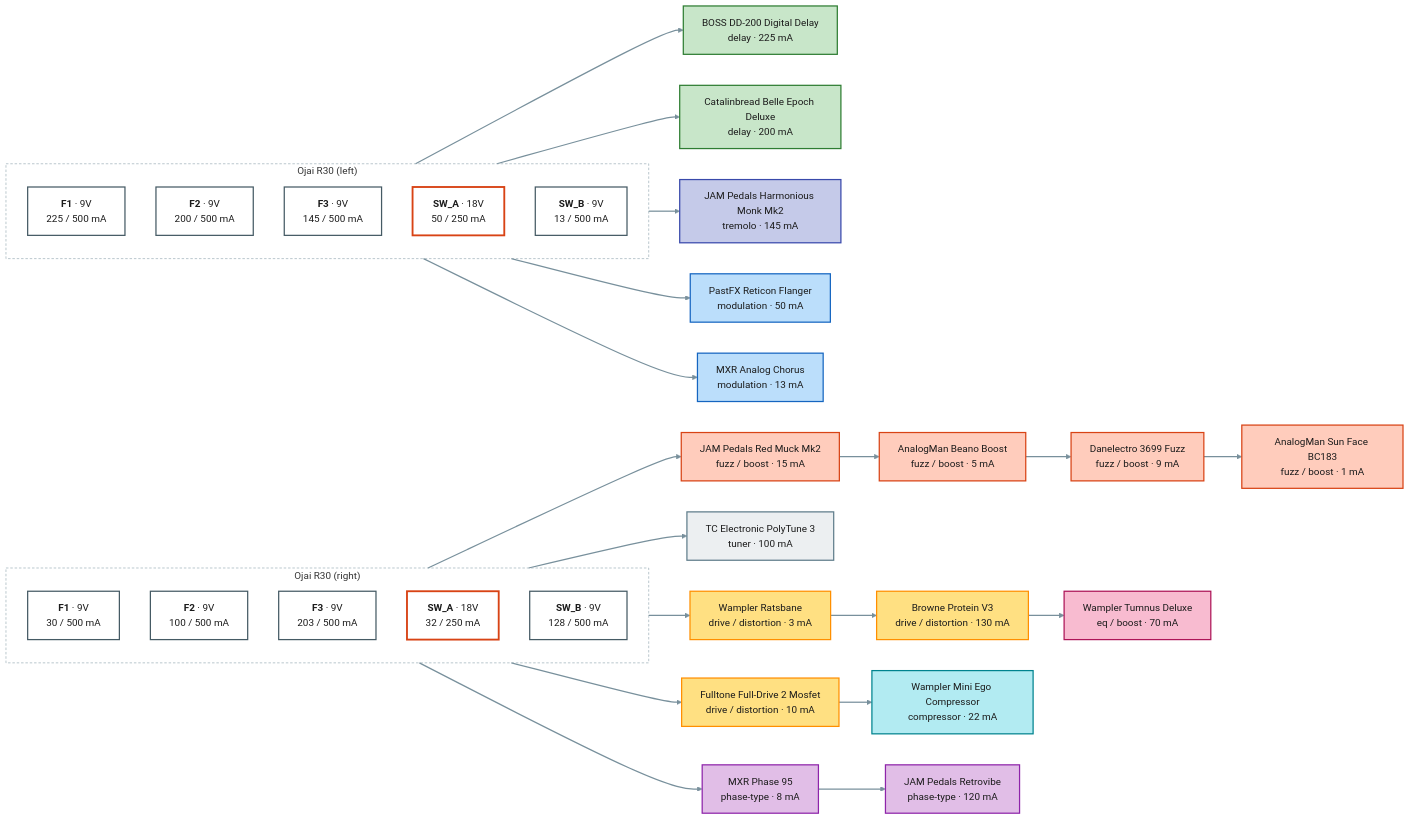
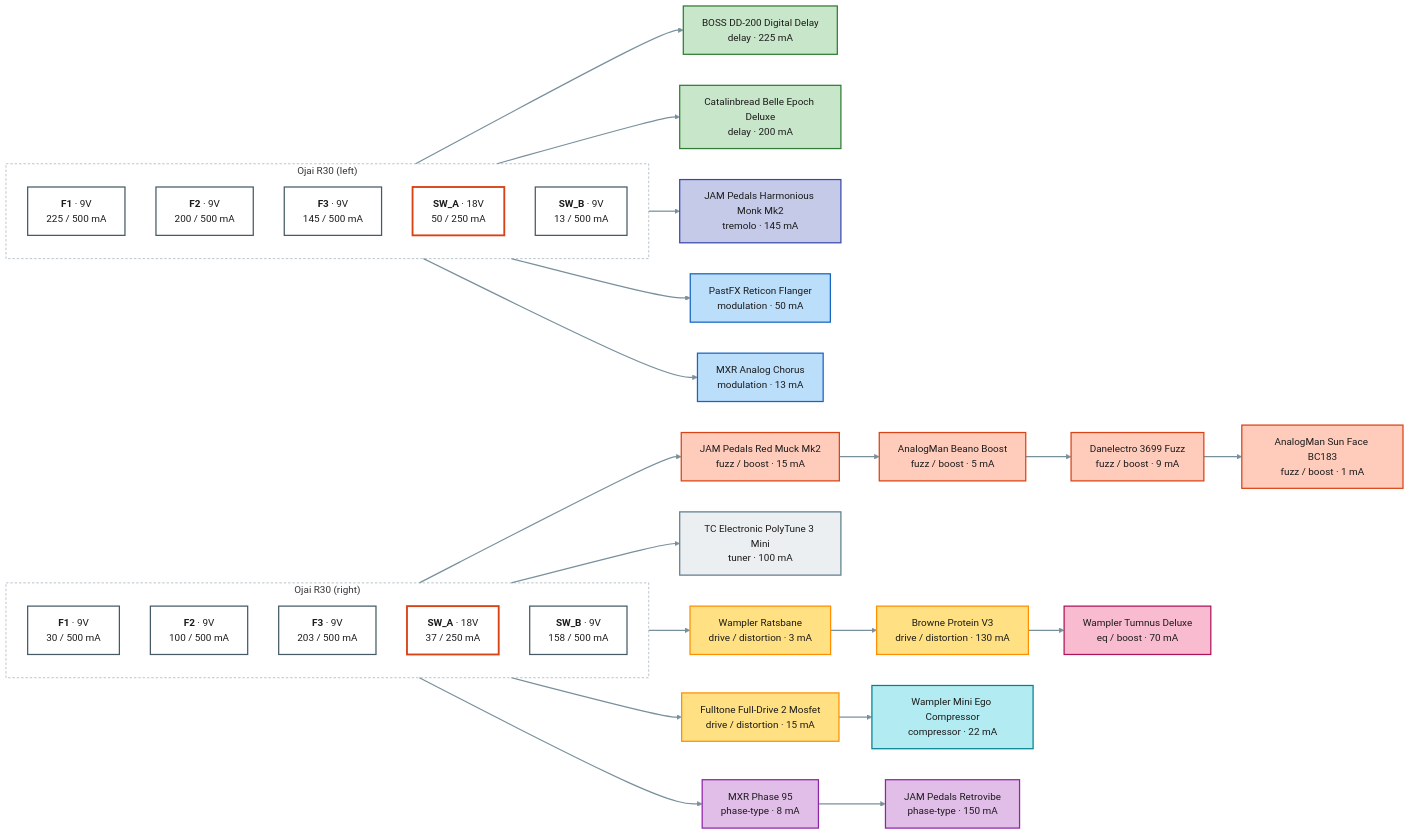
Before and after one commit to pedroacvieira/pedalboard: the second of 2 diagrams in projects/guitar-gig/README.md, drawn with Mermaid. The commit also changed other lines of this file and 20 other files, not shown here.

````diff
--- a/projects/guitar-gig/README.md
+++ b/projects/guitar-gig/README.md
@@ -145,68 +145,68 @@
 ```mermaid
 flowchart LR
     subgraph psu1["Ojai R30 (left)"]
         direction TB
         psu1_F1["<b>F1</b> · 9V<br/>225 / 500 mA"]:::out9
         psu1_F2["<b>F2</b> · 9V<br/>200 / 500 mA"]:::out9
         psu1_F3["<b>F3</b> · 9V<br/>145 / 500 mA"]:::out9
         psu1_SW_A["<b>SW_A</b> · 18V<br/>50 / 250 mA"]:::out18
         psu1_SW_B["<b>SW_B</b> · 9V<br/>13 / 500 mA"]:::out9
     end
     subgraph psu2["Ojai R30 (right)"]
         direction TB
         psu2_F1["<b>F1</b> · 9V<br/>30 / 500 mA"]:::out9
         psu2_F2["<b>F2</b> · 9V<br/>100 / 500 mA"]:::out9
         psu2_F3["<b>F3</b> · 9V<br/>203 / 500 mA"]:::out9
-        psu2_SW_A["<b>SW_A</b> · 18V<br/>32 / 250 mA"]:::out18
-        psu2_SW_B["<b>SW_B</b> · 9V<br/>128 / 500 mA"]:::out9
+        psu2_SW_A["<b>SW_A</b> · 18V<br/>37 / 250 mA"]:::out18
+        psu2_SW_B["<b>SW_B</b> · 9V<br/>158 / 500 mA"]:::out9
     end
     boss_dd200["BOSS DD-200 Digital Delay<br/>delay · 225 mA"]:::c_delay
     belle_epoch["Catalinbread Belle Epoch Deluxe<br/>delay · 200 mA"]:::c_delay
     monk["JAM Pedals Harmonious Monk Mk2<br/>tremolo · 145 mA"]:::c_tremolo
     reticon["PastFX Reticon Flanger<br/>modulation · 50 mA"]:::c_modulation
     analog_chorus["MXR Analog Chorus<br/>modulation · 13 mA"]:::c_modulation
     red_muck["JAM Pedals Red Muck Mk2<br/>fuzz / boost · 15 mA"]:::c_fuzz___boost
     beano["AnalogMan Beano Boost<br/>fuzz / boost · 5 mA"]:::c_fuzz___boost
     danelectro_3699["Danelectro 3699 Fuzz<br/>fuzz / boost · 9 mA"]:::c_fuzz___boost
     sun_face["AnalogMan Sun Face BC183<br/>fuzz / boost · 1 mA"]:::c_fuzz___boost
-    polytune_3["TC Electronic PolyTune 3<br/>tuner · 100 mA"]:::c_tuner
+    polytune_3["TC Electronic PolyTune 3 Mini<br/>tuner · 100 mA"]:::c_tuner
     ratsbane["Wampler Ratsbane<br/>drive / distortion · 3 mA"]:::c_drive___distortion
     protein["Browne Protein V3<br/>drive / distortion · 130 mA"]:::c_drive___distortion
     tumnus_deluxe["Wampler Tumnus Deluxe<br/>eq / boost · 70 mA"]:::c_eq___boost
-    fulldrive_2["Fulltone Full-Drive 2 Mosfet<br/>drive / distortion · 10 mA"]:::c_drive___distortion
+    fulldrive_2["Fulltone Full-Drive 2 Mosfet<br/>drive / distortion · 15 mA"]:::c_drive___distortion
     mini_ego["Wampler Mini Ego Compressor<br/>compressor · 22 mA"]:::c_compressor
     phase_95["MXR Phase 95<br/>phase-type · 8 mA"]:::c_phase_type
-    retrovibe["JAM Pedals Retrovibe<br/>phase-type · 120 mA"]:::c_phase_type
+    retrovibe["JAM Pedals Retrovibe<br/>phase-type · 150 mA"]:::c_phase_type
     psu1_F1 --> boss_dd200
     psu1_F2 --> belle_epoch
     psu1_F3 --> monk
     psu1_SW_A --> reticon
     psu1_SW_B --> analog_chorus
     psu2_F1 --> red_muck
     red_muck --> beano
     beano --> danelectro_3699
     danelectro_3699 --> sun_face
     psu2_F2 --> polytune_3
     psu2_F3 --> ratsbane
     ratsbane --> protein
     protein --> tumnus_deluxe
     psu2_SW_A --> fulldrive_2
     fulldrive_2 --> mini_ego
     psu2_SW_B --> phase_95
     phase_95 --> retrovibe
     classDef out9 fill:#ffffff,stroke:#455a64,stroke-width:2px,color:#1b1b1b
     classDef out18 fill:#ffffff,stroke:#d84315,stroke-width:3px,color:#1b1b1b
     classDef spare fill:#fafafa,stroke:#9e9e9e,stroke-dasharray:4 3,color:#757575
     classDef c_tuner fill:#eceff1,stroke:#607d8b,stroke-width:2px,color:#1b1b1b
     classDef c_compressor fill:#b2ebf2,stroke:#00838f,stroke-width:2px,color:#1b1b1b
     classDef c_fuzz___boost fill:#ffccbc,stroke:#d84315,stroke-width:2px,color:#1b1b1b
     classDef c_drive___distortion fill:#ffe082,stroke:#ff8f00,stroke-width:2px,color:#1b1b1b
     classDef c_phase_type fill:#e1bee7,stroke:#8e24aa,stroke-width:2px,color:#1b1b1b
     classDef c_modulation fill:#bbdefb,stroke:#1565c0,stroke-width:2px,color:#1b1b1b
     classDef c_tremolo fill:#c5cae9,stroke:#3949ab,stroke-width:2px,color:#1b1b1b
     classDef c_delay fill:#c8e6c9,stroke:#2e7d32,stroke-width:2px,color:#1b1b1b
     classDef c_eq___boost fill:#f8bbd0,stroke:#ad1457,stroke-width:2px,color:#1b1b1b
     style psu1 fill:none,stroke:#90a4ae,stroke-dasharray:4 3
     style psu2 fill:none,stroke:#90a4ae,stroke-dasharray:4 3
     linkStyle default stroke:#78909c,stroke-width:2px
 ```
````
